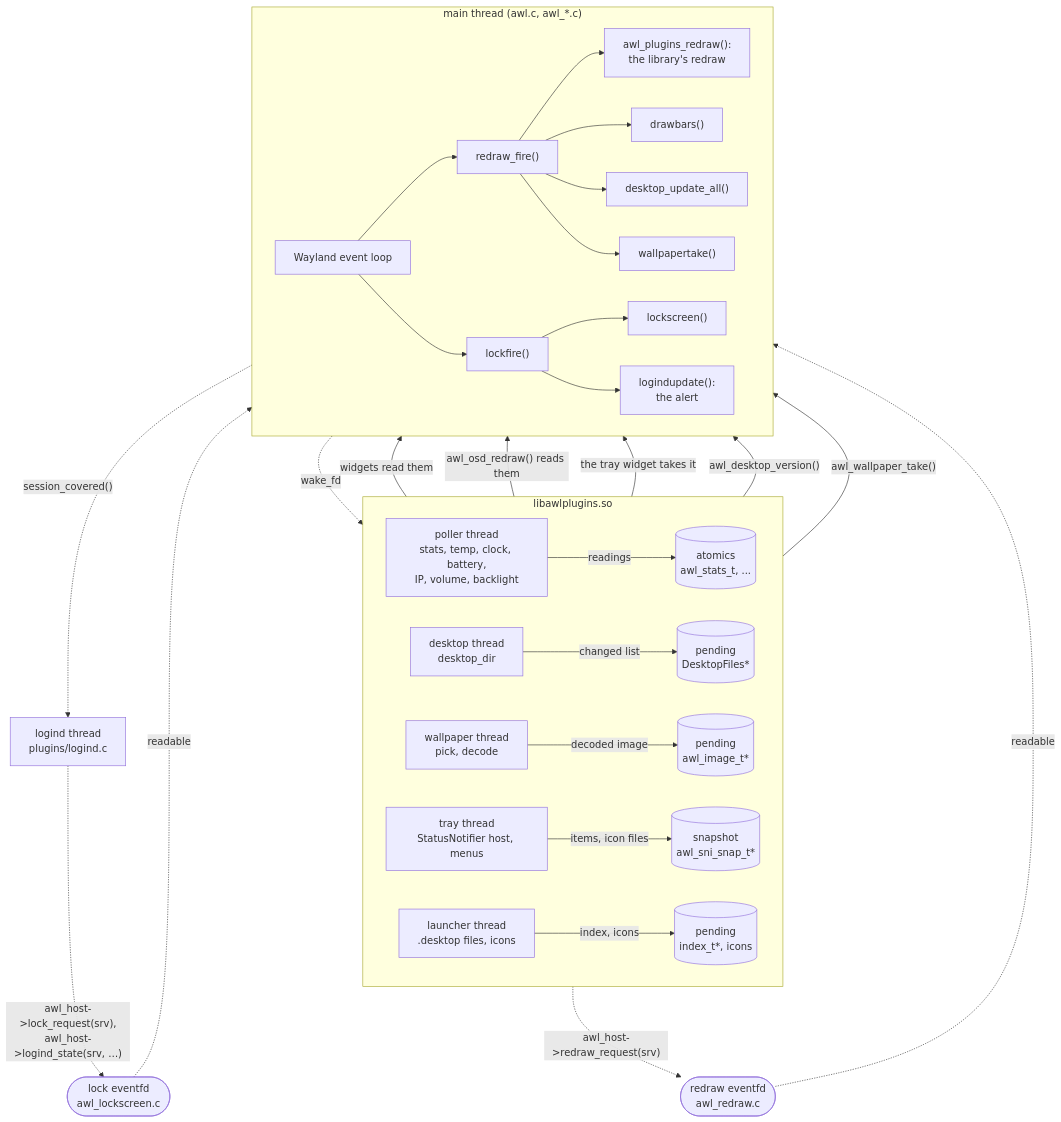
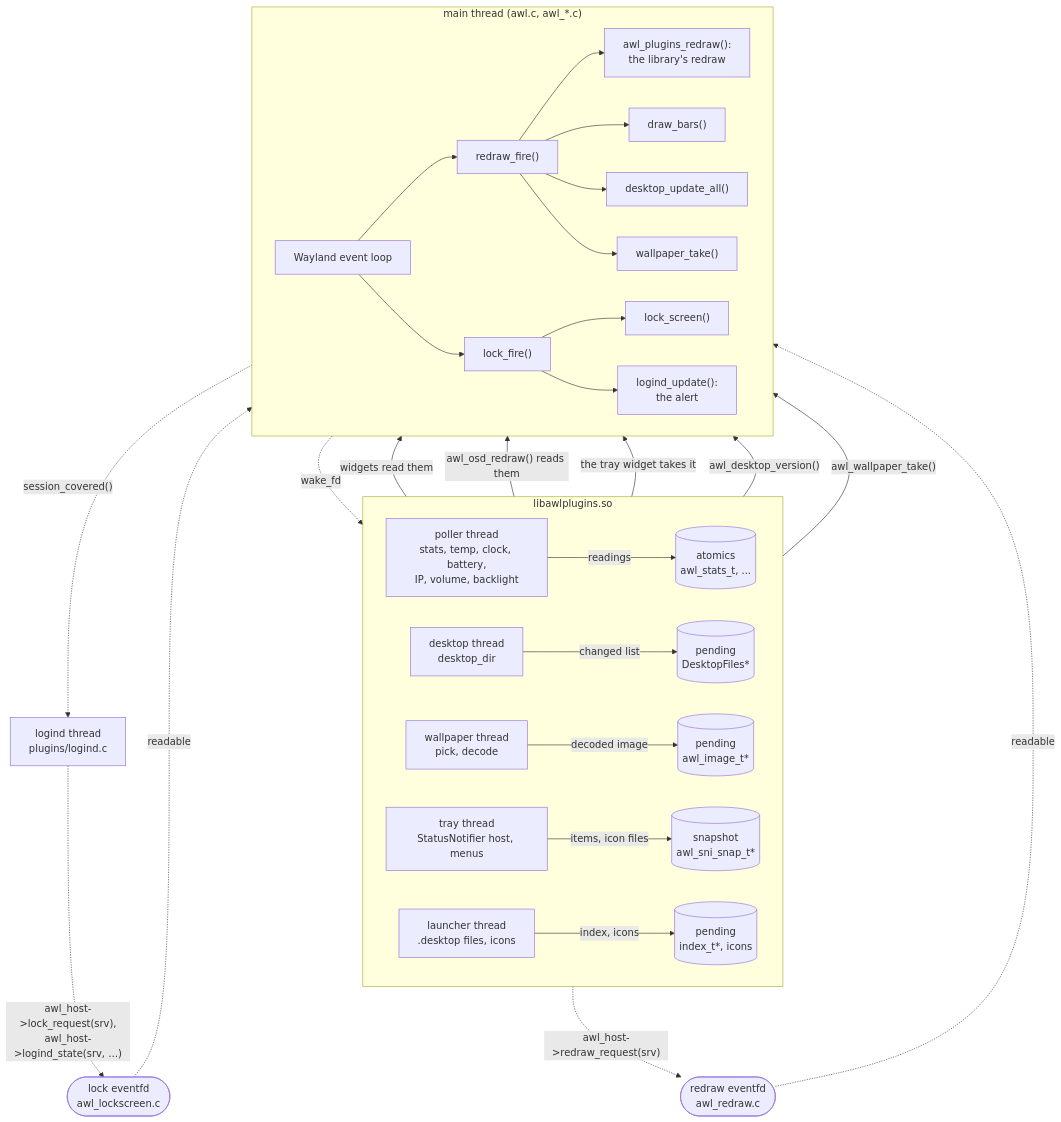
Before and after one commit to alcubierre-drive/awl: the first of 8 diagrams in doc/threads.rst, drawn with Mermaid. The commit also changed other lines of this file and 132 other files, not shown here.

```diff
--- a/doc/threads.rst
+++ b/doc/threads.rst
@@ -120,37 +120,37 @@
 .. mermaid::
 
    flowchart TB
      subgraph lib["libawlplugins.so"]
        direction LR
        poller["poller thread<br/>stats, temp, clock, battery,<br/>IP, volume, backlight"] -- "readings" --> atomics[("atomics<br/>awl_stats_t, ...")]
        scanner["desktop thread<br/>desktop_dir"] -- "changed list" --> pending[("pending<br/>DesktopFiles*")]
        changer["wallpaper thread<br/>pick, decode"] -- "decoded image" --> image[("pending<br/>awl_image_t*")]
        tray["tray thread<br/>StatusNotifier host, menus"] -- "items, icon files" --> snap[("snapshot<br/>awl_sni_snap_t*")]
        launcher["launcher thread<br/>.desktop files, icons"] -- "index, icons" --> lpending[("pending<br/>index_t*, icons")]
      end
      logind["logind thread<br/>plugins/logind.c"]
      redraw(["redraw eventfd<br/>awl_redraw.c"])
      lockfd(["lock eventfd<br/>awl_lockscreen.c"])
      subgraph main["main thread (awl.c, awl_*.c)"]
        direction LR
        loop["Wayland event loop"] --> fire["redraw_fire()"]
        fire --> hook["awl_plugins_redraw():<br/>the library's redraw"]
-       fire --> bars["drawbars()"]
+       fire --> bars["draw_bars()"]
        fire --> panels["desktop_update_all()"]
-       fire --> wp["wallpapertake()"]
-       loop --> lockfire["lockfire()"]
-       lockfire --> lockscreen["lockscreen()"]
-       lockfire --> logindupdate["logindupdate():<br/>the alert"]
+       fire --> wp["wallpaper_take()"]
+       loop --> lock_fire["lock_fire()"]
+       lock_fire --> lock_screen["lock_screen()"]
+       lock_fire --> logind_update["logind_update():<br/>the alert"]
      end
 
      lib -. "awl_host->redraw_request(srv)" .-> redraw
      redraw -. "readable" .-> loop
      logind -. "awl_host->lock_request(srv),<br/>awl_host->logind_state(srv, …)" .-> lockfd
      lockfd -. "readable" .-> loop
      main -. "session_covered()" .-> logind
      atomics -- "widgets read them" --> bars
      atomics -- "awl_osd_redraw() reads them" --> hook
      snap -- "the tray widget takes it" --> bars
      pending -- "awl_desktop_version()" --> panels
      image -- "awl_wallpaper_take()" --> wp
      main -. "wake_fd" .-> lib
```
